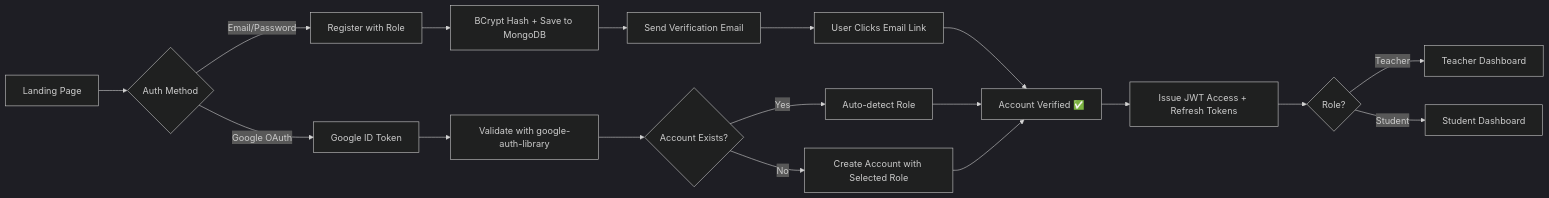
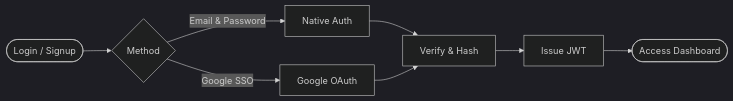
The first of 3 diagrams in Readme.md (Anurag-Basuri/AI-Based-Exam-Evaluation-System), drawn with Mermaid (dark theme) before and after one commit. The commit also changed other lines of this file, not shown here.

Commit message:
docs: simplify README, remove banner, improve flow

````diff
--- a/Readme.md
+++ b/Readme.md
@@ -211,23 +71,10 @@
 ```mermaid
 flowchart LR
-    A[Landing Page] --> B{Auth Method}
-    B -->|Email/Password| C[Register with Role]
-    B -->|Google OAuth| D[Google ID Token]
-
-    C --> E[BCrypt Hash + Save to MongoDB]
-    E --> F[Send Verification Email]
-    F --> G[User Clicks Email Link]
-    G --> H[Account Verified ✅]
-
-    D --> I[Validate with google-auth-library]
-    I --> J{Account Exists?}
-    J -->|Yes| K[Auto-detect Role]
-    J -->|No| L[Create Account with Selected Role]
-    K --> H
-    L --> H
-
-    H --> M[Issue JWT Access + Refresh Tokens]
-    M --> N{Role?}
-    N -->|Teacher| O[Teacher Dashboard]
-    N -->|Student| P[Student Dashboard]
+    Start([Login / Signup]) --> AuthChoice{Method}
+    AuthChoice -->|Email & Password| Native[Native Auth]
+    AuthChoice -->|Google SSO| OAuth[Google OAuth]
+    Native --> Check[Verify & Hash]
+    OAuth --> Check
+    Check --> Token[Issue JWT]
+    Token --> Dashboard([Access Dashboard])
 ```
````
